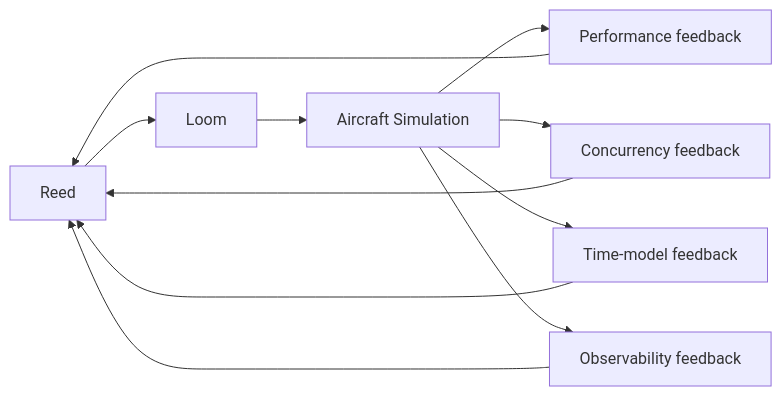
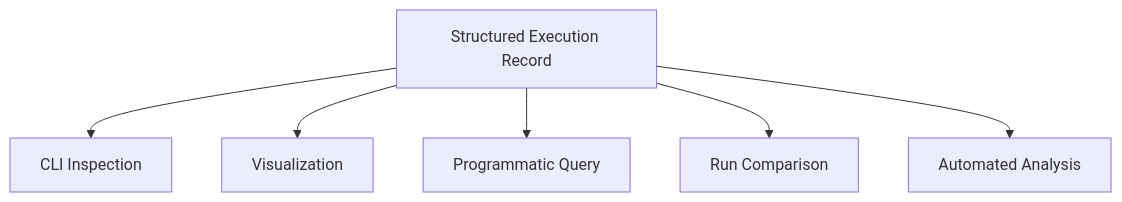
Before and after one commit to aam-cloudsky/Reed: the ninth of 13 diagrams in roadmap.md, drawn with Mermaid. The commit also changed other lines of this file, not shown here.

First line of the commit message:
Revise Reed Architectural Roadmap for clarity and structure

````diff
--- a/roadmap.md
+++ b/roadmap.md
@@ -517,15 +634,10 @@
 ```mermaid
-flowchart LR
-    R["Reed"] --> L["Loom"]
-    L --> S["Aircraft Simulation"]
+flowchart TD
+    R["Structured Execution Record"]
 
-    S --> P["Performance feedback"]
-    S --> C["Concurrency feedback"]
-    S --> T["Time-model feedback"]
-    S --> O["Observability feedback"]
-
-    P --> R
-    C --> R
-    T --> R
-    O --> R
+    R --> CLI["CLI Inspection"]
+    R --> VIS["Visualization"]
+    R --> QUERY["Programmatic Query"]
+    R --> COMP["Run Comparison"]
+    R --> AUTO["Automated Analysis"]
 ```
````
